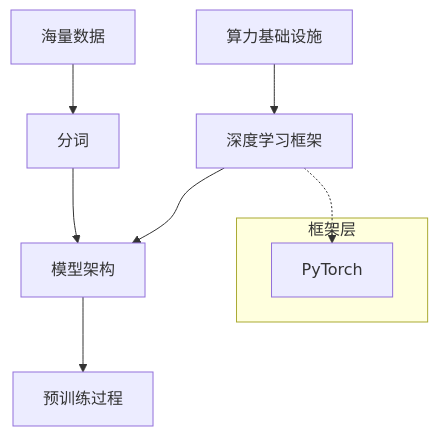
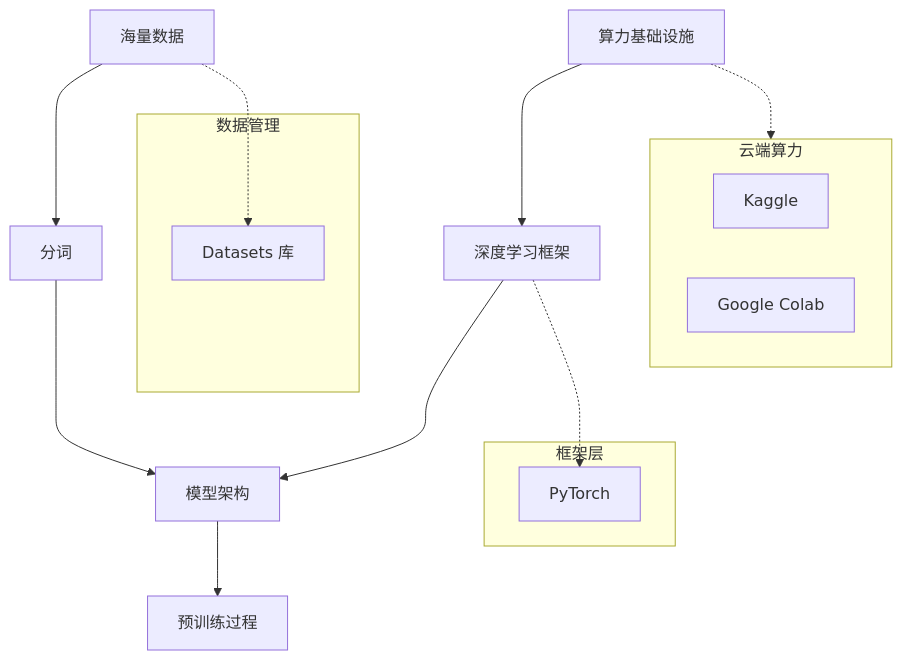
One commit to cruldra/notes3 changed the first of 6 diagrams in docs/AI/llm_graph.md. Above: the diagram before and after it, drawn with Mermaid. The commit also changed other lines of this file and 2 other files, not shown here.

````diff
--- a/docs/AI/llm_graph.md
+++ b/docs/AI/llm_graph.md
@@ -11,14 +11,25 @@
 ```mermaid
 graph TD
     Data[海量数据] --> Tokenization[分词]
     Tokenization --> Architecture[模型架构]
     Framework[深度学习框架] --> Architecture
     Infrastructure[算力基础设施] --> Framework
     Architecture --> Pretraining[预训练过程]
     
     subgraph Frameworks [框架层]
         Torch[PyTorch]
     end
     
+    subgraph DataManagement [数据管理]
+        Datasets[Datasets 库]
+    end
+    
+    subgraph Compute [云端算力]
+        Kaggle[Kaggle]
+        Colab[Google Colab]
+    end
+    
+    Data -.-> Datasets
     Framework -.-> Torch
+    Infrastructure -.-> Compute
 ```
````
